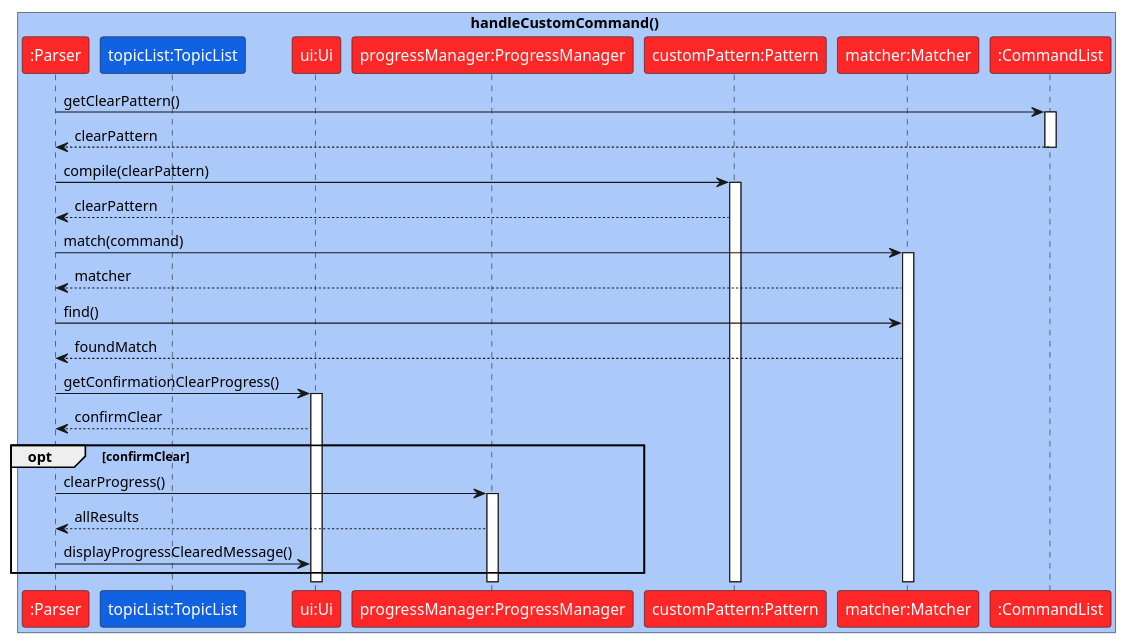
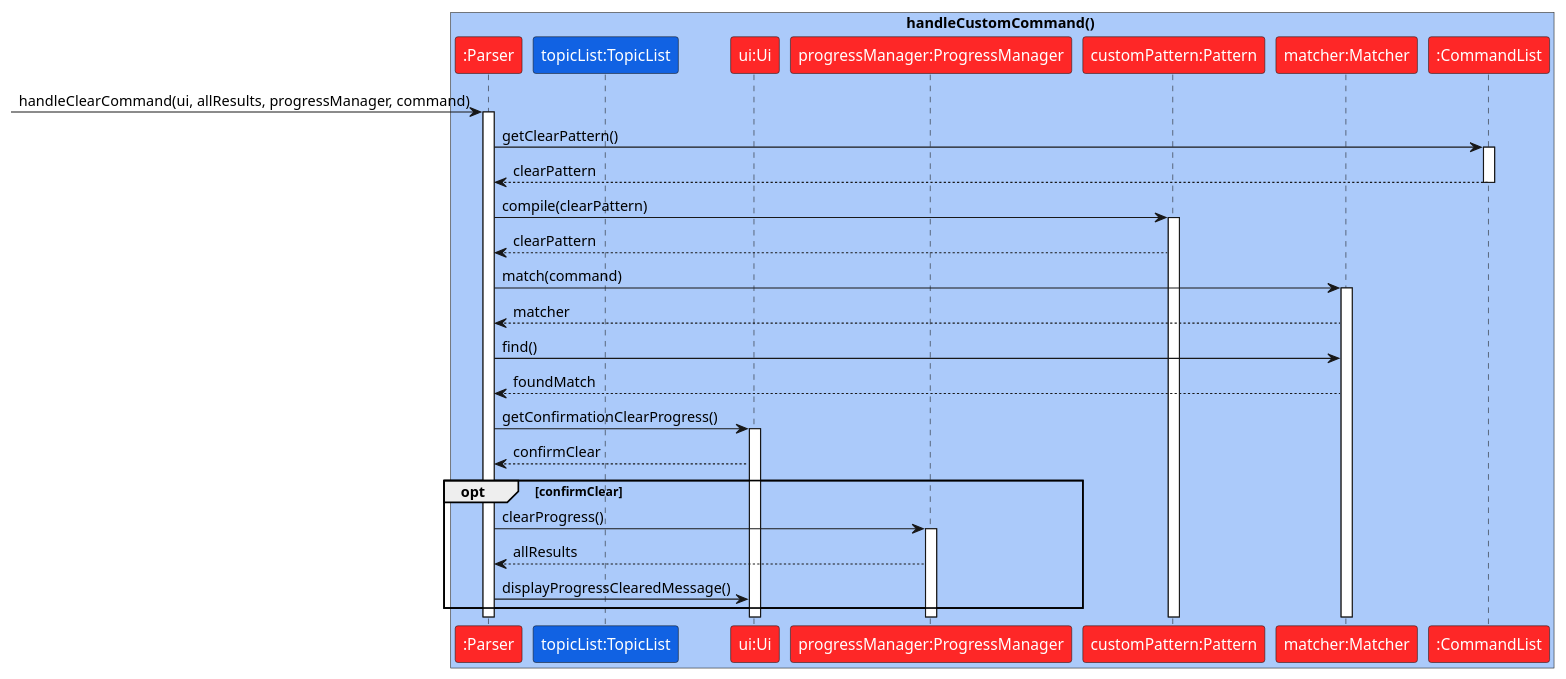
Before and after one commit to yuhengr/tp: the diagram in docs/diagrams/Clear.puml, drawn with PlantUML. The commit also changed 2 other files, not shown here.

```diff
--- a/docs/diagrams/Clear.puml
+++ b/docs/diagrams/Clear.puml
@@ -1,41 +1,44 @@
 @startuml
 skinparam ParticipantFontColor #FFFFFF
 
 box handleCustomCommand() #ABCAFA
 participant ":Parser" as Parser #FE2727
 participant "topicList:TopicList" as TopicList #1162E3
 participant "ui:Ui" as Ui #FE2727
 participant "progressManager:ProgressManager" as ProgressManager #FE2727
 participant "customPattern:Pattern" as Pattern #FE2727
 participant "matcher:Matcher" as Matcher #FE2727
 participant ":CommandList" as CommandList #FE2727
 end box
+
+-> Parser : handleClearCommand(ui, allResults, progressManager, command)
+activate Parser
 
 Parser -> CommandList : getClearPattern()
 activate CommandList
 CommandList --> Parser : clearPattern
 deactivate CommandList
 
 Parser -> Pattern : compile(clearPattern)
 activate Pattern
 Pattern --> Parser : clearPattern
 
 Parser -> Matcher : match(command)
 activate Matcher
 Matcher --> Parser : matcher
 
 Parser -> Matcher : find()
 Matcher --> Parser : foundMatch
 
 Parser -> Ui : getConfirmationClearProgress()
 activate Ui
 Ui --> Parser : confirmClear
 
 opt confirmClear
     Parser -> ProgressManager : clearProgress()
     activate ProgressManager
     ProgressManager --> Parser : allResults
     Parser -> Ui : displayProgressClearedMessage()
 end
 
 @enduml
```
